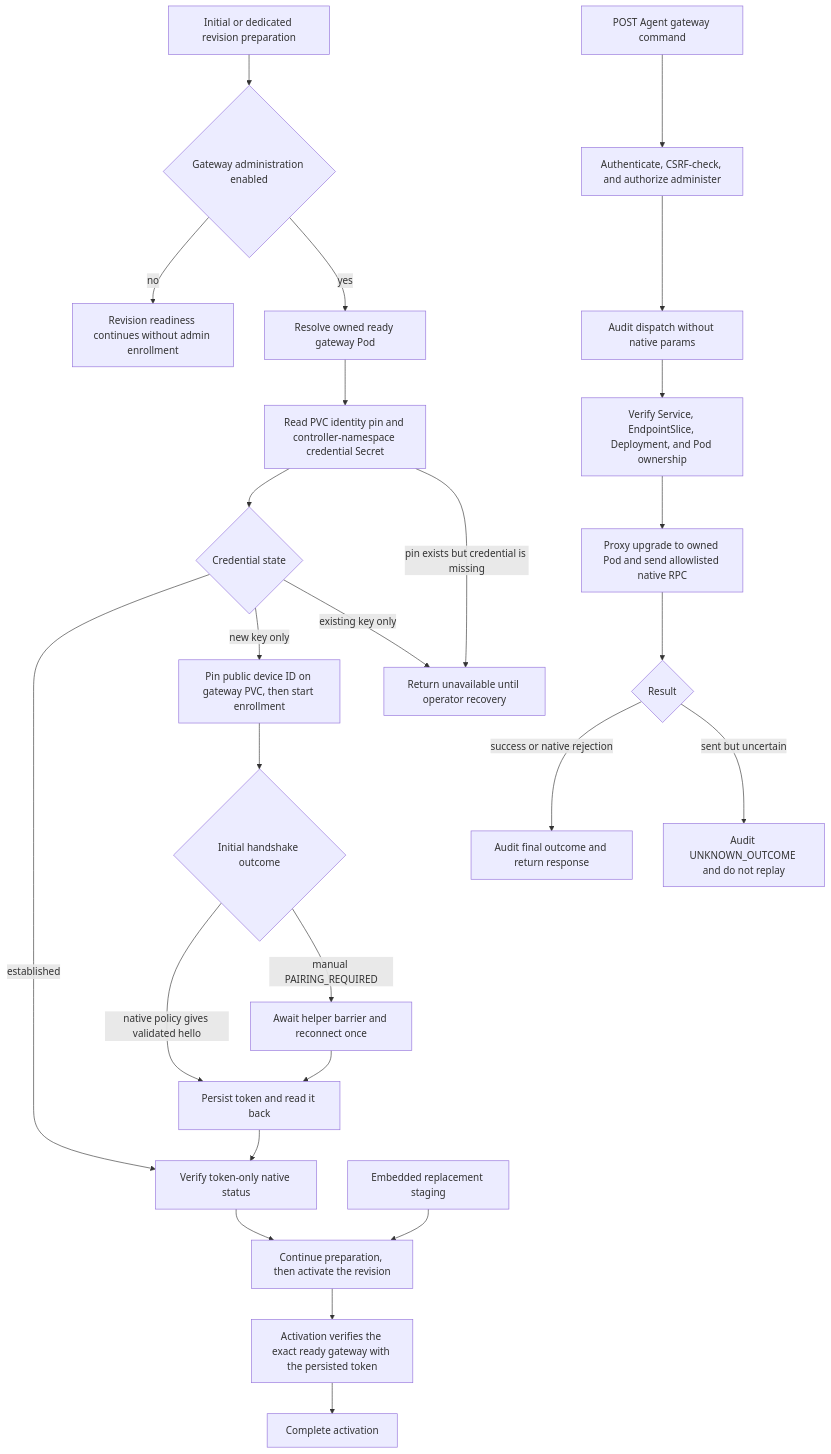
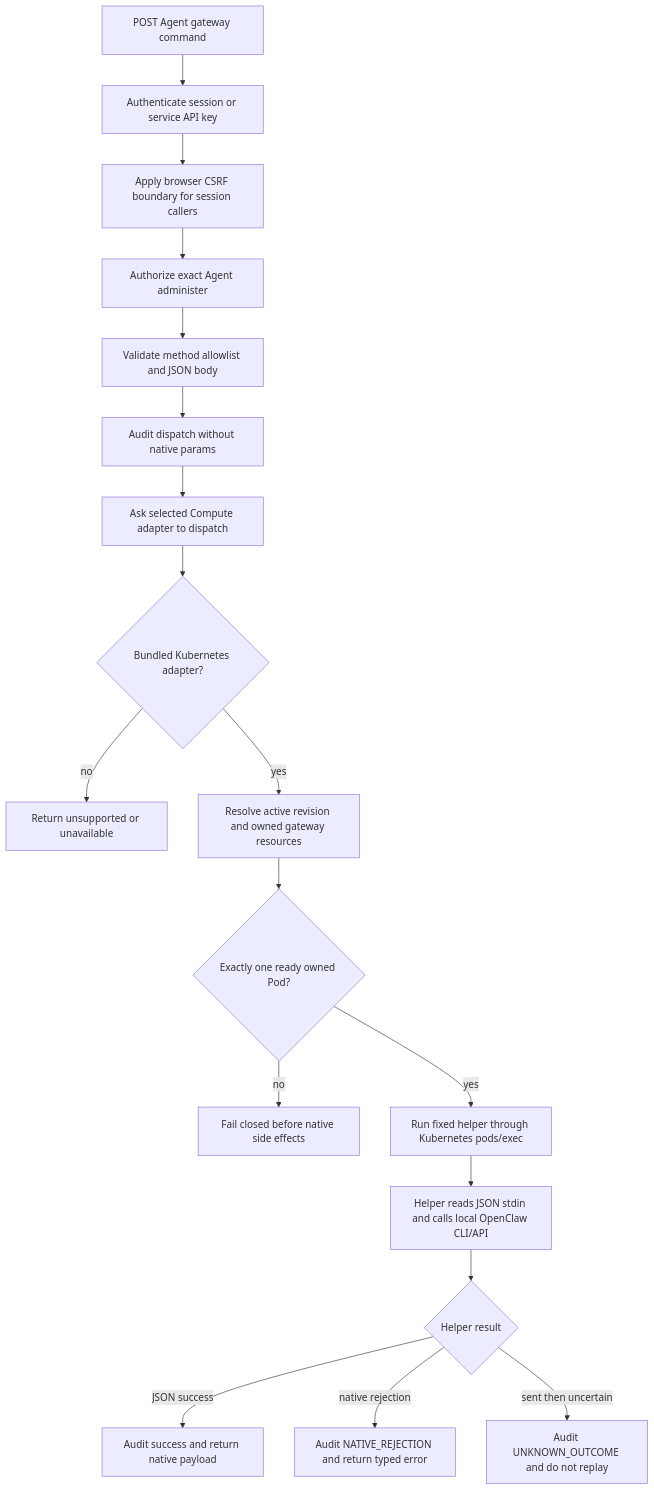
One commit to IsaiahStapleton/openclaw-enterprise changed the diagram in docs/flows/gateway-administration.md. Above: the diagram before and after it, drawn with Mermaid. The commit also changed other lines of this file and 23 other files, not shown here.

Commit message:
refactor: dispatch gateway administration through local CLI exec

````diff
--- a/docs/flows/gateway-administration.md
+++ b/docs/flows/gateway-administration.md
@@ -33,28 +39,20 @@
 ```mermaid
 graph TD
-  A["Initial or dedicated revision preparation"] --> B{"Gateway administration enabled"}
-  B -->|no| C["Revision readiness continues without admin enrollment"]
-  B -->|yes| D["Resolve owned ready gateway Pod"]
-  D --> E["Read PVC identity pin and controller-namespace credential Secret"]
-  E --> F{"Credential state"}
-  E -->|pin exists but credential is missing| L
-  F -->|established| G["Verify token-only native status"]
-  F -->|new key only| H["Pin public device ID on gateway PVC, then start enrollment"]
-  H --> I{"Initial handshake outcome"}
-  I -->|native policy gives validated hello| K["Persist token and read it back"]
-  I -->|manual PAIRING_REQUIRED| J["Await helper barrier and reconnect once"]
-  J --> K
-  K --> G
-  G --> U["Continue preparation, then activate the revision"]
-  X["Embedded replacement staging"] --> U
-  U --> V["Activation verifies the exact ready gateway with the persisted token"]
-  V --> W["Complete activation"]
-  F -->|existing key only| L["Return unavailable until operator recovery"]
-  M["POST Agent gateway command"] --> N["Authenticate, CSRF-check, and authorize administer"]
-  N --> O["Audit dispatch without native params"]
-  O --> P["Verify Service, EndpointSlice, Deployment, and Pod ownership"]
-  P --> Q["Proxy upgrade to owned Pod and send allowlisted native RPC"]
-  Q --> R{"Result"}
-  R -->|success or native rejection| S["Audit final outcome and return response"]
-  R -->|sent but uncertain| T["Audit UNKNOWN_OUTCOME and do not replay"]
+  A["POST Agent gateway command"] --> B["Authenticate session or service API key"]
+  B --> C["Apply browser CSRF boundary for session callers"]
+  C --> D["Authorize exact Agent administer"]
+  D --> E["Validate method allowlist and JSON body"]
+  E --> F["Audit dispatch without native params"]
+  F --> G["Ask selected Compute adapter to dispatch"]
+  G --> H{"Bundled Kubernetes adapter?"}
+  H -->|no| I["Return unsupported or unavailable"]
+  H -->|yes| J["Resolve active revision and owned gateway resources"]
+  J --> K{"Exactly one ready owned Pod?"}
+  K -->|no| L["Fail closed before native side effects"]
+  K -->|yes| M["Run fixed helper through Kubernetes pods/exec"]
+  M --> N["Helper reads JSON stdin and calls local OpenClaw CLI/API"]
+  N --> O{"Helper result"}
+  O -->|JSON success| P["Audit success and return native payload"]
+  O -->|native rejection| Q["Audit NATIVE_REJECTION and return typed error"]
+  O -->|sent then uncertain| R["Audit UNKNOWN_OUTCOME and do not replay"]
 ```
````
